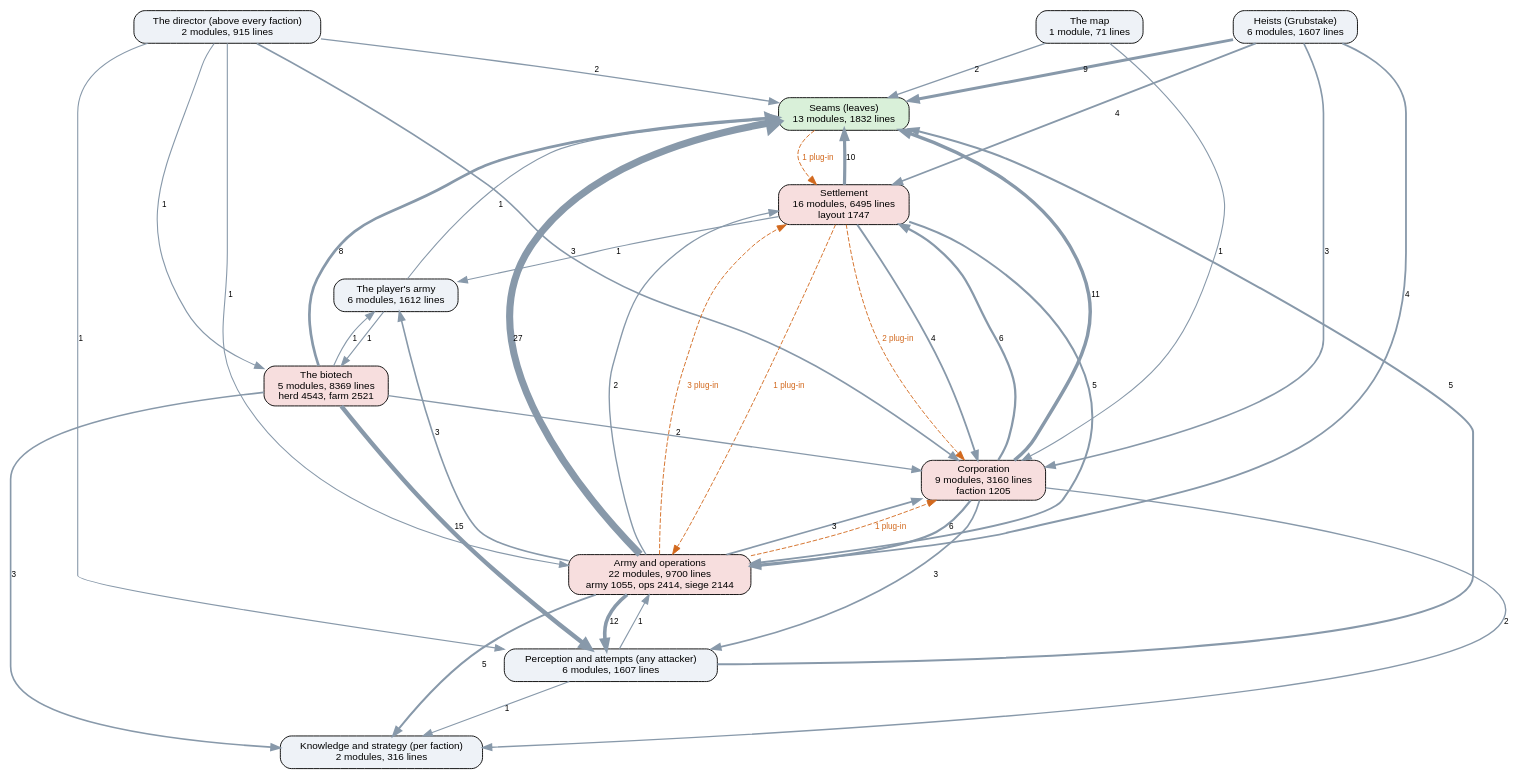
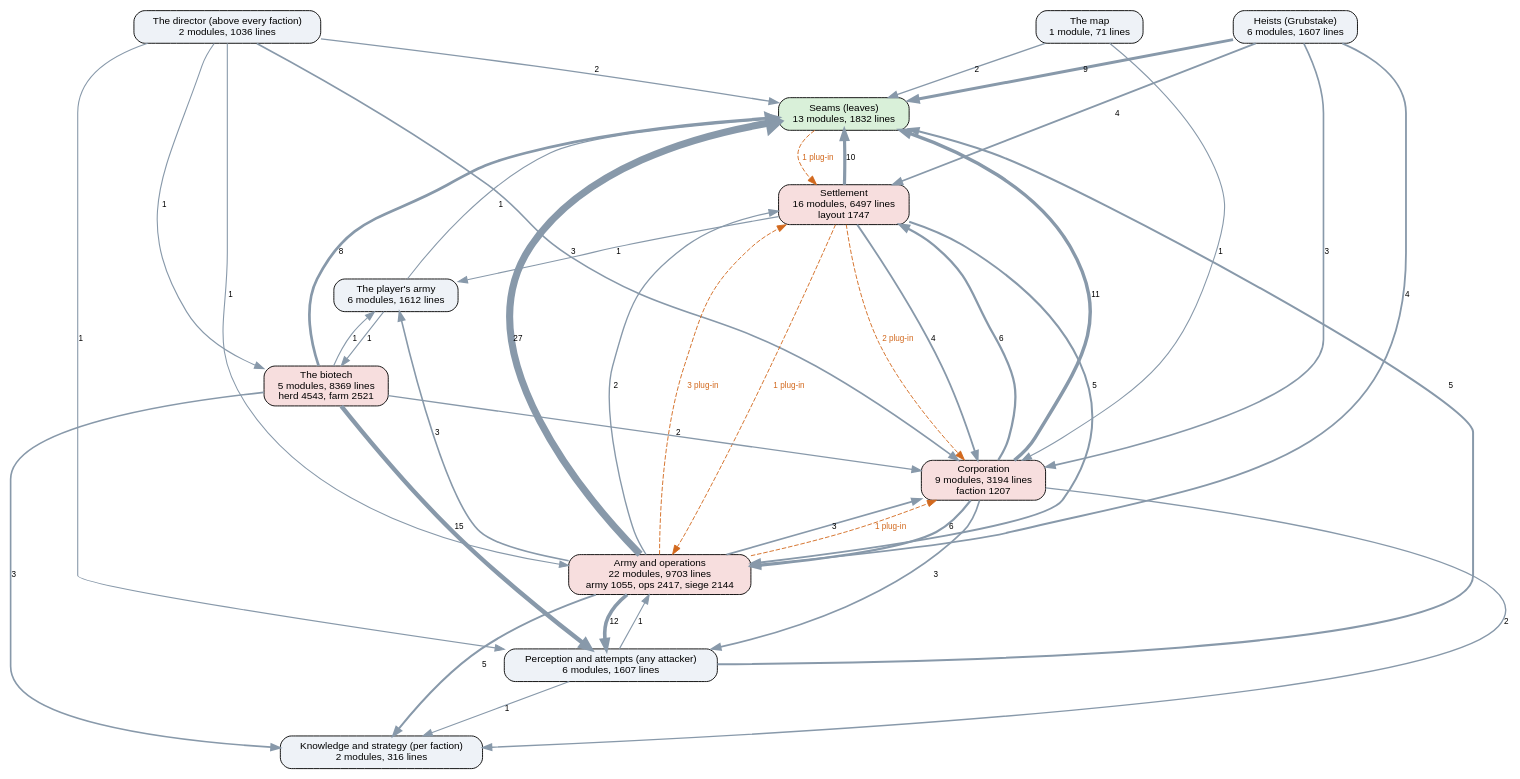
The diagram in docs/ai-layers.dot (kinelhu/landing-party), drawn with Graphviz before and after one commit. The commit also changed 14 other files, not shown here.

```diff
--- a/docs/ai-layers.dot
+++ b/docs/ai-layers.dot
@@ -1,57 +1,57 @@
 digraph layers {
   graph [rankdir=TB, fontname="Helvetica", nodesep=0.5, ranksep=0.7];
   node [shape=box, style="rounded,filled", fontname="Helvetica", fontsize=11, fillcolor="#eef2f7"];
   edge [color="#8899aa", fontname="Helvetica", fontsize=9];
   "Seams (leaves)" [label="Seams (leaves)\n13 modules, 1832 lines", fillcolor="#d9f0d9"];
   "Perception and attempts (any attacker)" [label="Perception and attempts (any attacker)\n6 modules, 1607 lines", fillcolor="#eef2f7"];
   "Knowledge and strategy (per faction)" [label="Knowledge and strategy (per faction)\n2 modules, 316 lines", fillcolor="#eef2f7"];
-  "The director (above every faction)" [label="The director (above every faction)\n2 modules, 915 lines", fillcolor="#eef2f7"];
-  "Corporation" [label="Corporation\n9 modules, 3160 lines\nfaction 1205", fillcolor="#f7dede"];
-  "Settlement" [label="Settlement\n16 modules, 6495 lines\nlayout 1747", fillcolor="#f7dede"];
-  "Army and operations" [label="Army and operations\n22 modules, 9700 lines\narmy 1055, ops 2414, siege 2144", fillcolor="#f7dede"];
+  "The director (above every faction)" [label="The director (above every faction)\n2 modules, 1036 lines", fillcolor="#eef2f7"];
+  "Corporation" [label="Corporation\n9 modules, 3194 lines\nfaction 1207", fillcolor="#f7dede"];
+  "Settlement" [label="Settlement\n16 modules, 6497 lines\nlayout 1747", fillcolor="#f7dede"];
+  "Army and operations" [label="Army and operations\n22 modules, 9703 lines\narmy 1055, ops 2417, siege 2144", fillcolor="#f7dede"];
   "Heists (Grubstake)" [label="Heists (Grubstake)\n6 modules, 1607 lines", fillcolor="#eef2f7"];
   "The biotech" [label="The biotech\n5 modules, 8369 lines\nherd 4543, farm 2521", fillcolor="#f7dede"];
   "The map" [label="The map\n1 module, 71 lines", fillcolor="#eef2f7"];
   "The player's army" [label="The player's army\n6 modules, 1612 lines", fillcolor="#eef2f7"];
   "Army and operations" -> "Corporation" [label="3", penwidth=1.8];
   "Army and operations" -> "Knowledge and strategy (per faction)" [label="5", penwidth=2.2];
   "Army and operations" -> "Perception and attempts (any attacker)" [label="12", penwidth=4.0];
   "Army and operations" -> "Seams (leaves)" [label="27", penwidth=7.8];
   "Army and operations" -> "Settlement" [label="2", penwidth=1.5];
   "Army and operations" -> "The player's army" [label="3", penwidth=1.8];
   "Corporation" -> "Army and operations" [label="6", penwidth=2.5];
   "Corporation" -> "Knowledge and strategy (per faction)" [label="2", penwidth=1.5];
   "Corporation" -> "Perception and attempts (any attacker)" [label="3", penwidth=1.8];
   "Corporation" -> "Seams (leaves)" [label="11", penwidth=3.8];
   "Corporation" -> "Settlement" [label="6", penwidth=2.5];
   "Heists (Grubstake)" -> "Army and operations" [label="4", penwidth=2.0];
   "Heists (Grubstake)" -> "Corporation" [label="3", penwidth=1.8];
   "Heists (Grubstake)" -> "Seams (leaves)" [label="9", penwidth=3.2];
   "Heists (Grubstake)" -> "Settlement" [label="4", penwidth=2.0];
   "Perception and attempts (any attacker)" -> "Army and operations" [label="1", penwidth=1.2];
   "Perception and attempts (any attacker)" -> "Knowledge and strategy (per faction)" [label="1", penwidth=1.2];
   "Perception and attempts (any attacker)" -> "Seams (leaves)" [label="5", penwidth=2.2];
   "Settlement" -> "Army and operations" [label="5", penwidth=2.2];
   "Settlement" -> "Corporation" [label="4", penwidth=2.0];
   "Settlement" -> "Seams (leaves)" [label="10", penwidth=3.5];
   "Settlement" -> "The player's army" [label="1", penwidth=1.2];
   "The biotech" -> "Corporation" [label="2", penwidth=1.5];
   "The biotech" -> "Knowledge and strategy (per faction)" [label="3", penwidth=1.8];
   "The biotech" -> "Perception and attempts (any attacker)" [label="15", penwidth=4.8];
   "The biotech" -> "Seams (leaves)" [label="8", penwidth=3.0];
   "The biotech" -> "The player's army" [label="1", penwidth=1.2];
   "The director (above every faction)" -> "Army and operations" [label="1", penwidth=1.2];
   "The director (above every faction)" -> "Corporation" [label="3", penwidth=1.8];
   "The director (above every faction)" -> "Perception and attempts (any attacker)" [label="1", penwidth=1.2];
   "The director (above every faction)" -> "Seams (leaves)" [label="2", penwidth=1.5];
   "The director (above every faction)" -> "The biotech" [label="1", penwidth=1.2];
   "The map" -> "Corporation" [label="1", penwidth=1.2];
   "The map" -> "Seams (leaves)" [label="2", penwidth=1.5];
   "The player's army" -> "Seams (leaves)" [label="1", penwidth=1.2];
   "The player's army" -> "The biotech" [label="1", penwidth=1.2];
   "Army and operations" -> "Corporation" [style=dashed, color="#d2691e", fontcolor="#d2691e", label="1 plug-in"];
   "Army and operations" -> "Settlement" [style=dashed, color="#d2691e", fontcolor="#d2691e", label="3 plug-in"];
   "Seams (leaves)" -> "Settlement" [style=dashed, color="#d2691e", fontcolor="#d2691e", label="1 plug-in"];
   "Settlement" -> "Army and operations" [style=dashed, color="#d2691e", fontcolor="#d2691e", label="1 plug-in"];
   "Settlement" -> "Corporation" [style=dashed, color="#d2691e", fontcolor="#d2691e", label="2 plug-in"];
 }
```
